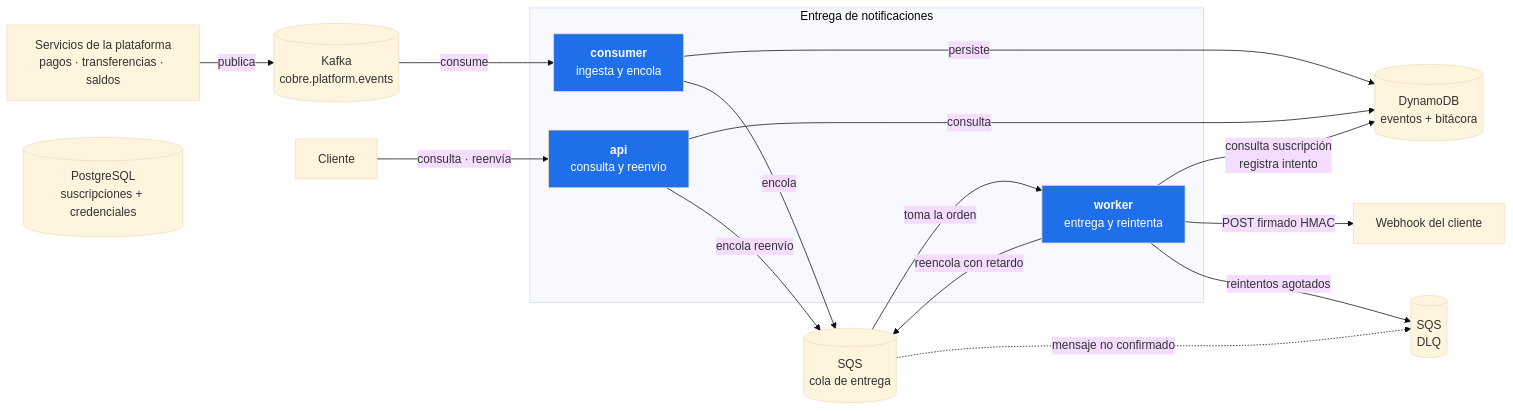
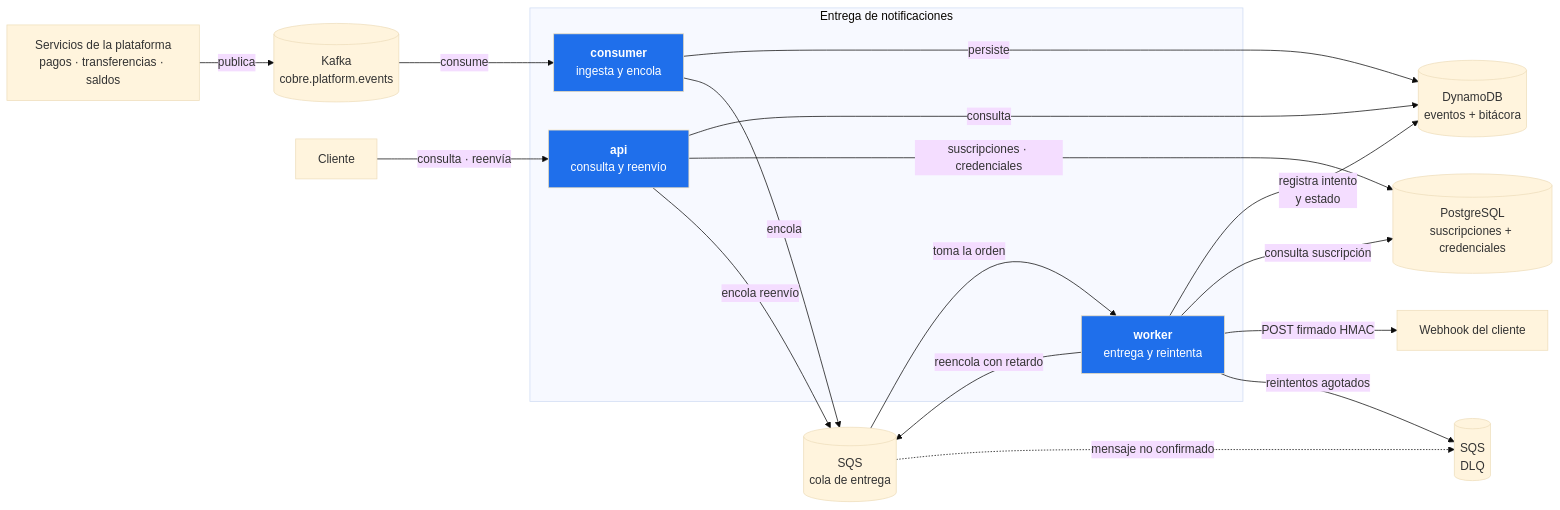
One commit to ssalaza7/cobre-notification-delivery changed the first of 5 diagrams in README.md. Above: the diagram before and after it, drawn with Mermaid (base theme). The commit also changed other lines of this file and 4 other files, not shown here.

First line of the commit message:
docs: los diagramas y la documentacion reflejan los dos almacenes

````diff
--- a/README.md
+++ b/README.md
@@ -21,35 +21,37 @@
 ```mermaid
 flowchart LR
     SVC["Servicios de la plataforma<br/>pagos · transferencias · saldos"]
     K[("Kafka<br/>cobre.platform.events")]
     Q[("SQS<br/>cola de entrega")]
     DLQ[("SQS<br/>DLQ")]
     DB[("DynamoDB<br/>eventos + bitácora")]
     PG[("PostgreSQL<br/>suscripciones + credenciales")]
     CLI["Webhook del cliente"]
     USR["Cliente"]
 
     subgraph svc["Entrega de notificaciones"]
         CON["<b>consumer</b><br/>ingesta y encola"]
         W["<b>worker</b><br/>entrega y reintenta"]
         API["<b>api</b><br/>consulta y reenvío"]
     end
 
     SVC -->|publica| K
     K -->|consume| CON
     CON -->|persiste| DB
     CON -->|encola| Q
     Q -->|toma la orden| W
-    W -->|consulta suscripción<br/>registra intento| DB
+    W -->|registra intento<br/>y estado| DB
+    W -->|consulta suscripción| PG
     W -->|POST firmado HMAC| CLI
     W -->|reencola con retardo| Q
     W -->|reintentos agotados| DLQ
     Q -.->|mensaje no confirmado| DLQ
     USR -->|consulta · reenvía| API
     API -->|consulta| DB
+    API -->|suscripciones · credenciales| PG
     API -->|encola reenvío| Q
 
     style CON fill:#1f6feb,color:#fff
     style W fill:#1f6feb,color:#fff
     style API fill:#1f6feb,color:#fff
 ```
````
